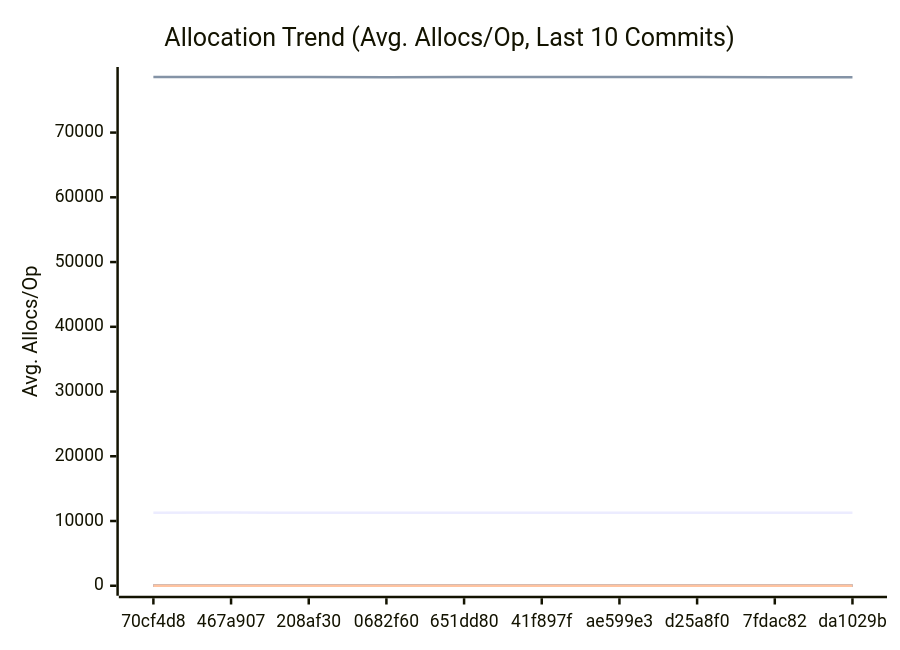
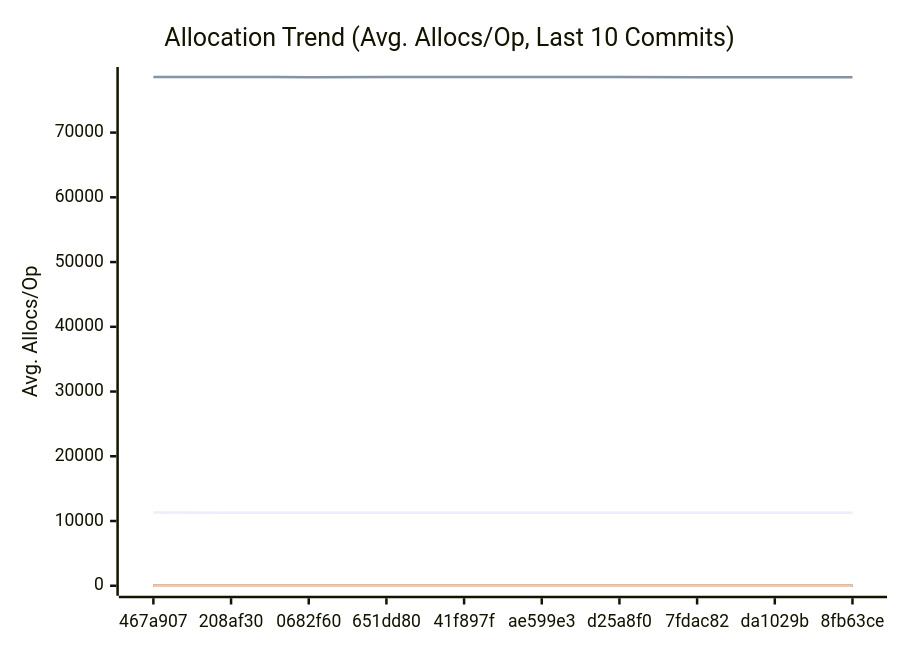
The third of 3 diagrams in docs/PERFORMANCE.md (alsotoes/momo), drawn with Mermaid before and after one commit. The commit also changed other lines of this file and 3 other files, not shown here.

````diff
--- a/docs/PERFORMANCE.md
+++ b/docs/PERFORMANCE.md
@@ -196,20 +197,20 @@
 ```mermaid
 xychart-beta
     title "Allocation Trend (Avg. Allocs/Op, Last 10 Commits)"
     x-axis "Commit"
     y-axis "Avg. Allocs/Op"
-    x-axis [70cf4d8,467a907,208af30,0682f60,651dd80,41f897f,ae599e3,d25a8f0,7fdac82,da1029b]
-    line "AWSChunkedReaderSigned" [11278,11297,11285,11285,11290,11275,11278,11276,11292,11270]
-    line "AWSChunkedReaderUnsigned" [78573,78574,78586,78562,78583,78570,78570,78570,78560,78555]
+    x-axis [467a907,208af30,0682f60,651dd80,41f897f,ae599e3,d25a8f0,7fdac82,da1029b,8fb63ce]
+    line "AWSChunkedReaderSigned" [11297,11285,11285,11290,11275,11278,11276,11292,11270,11274]
+    line "AWSChunkedReaderUnsigned" [78574,78586,78562,78583,78570,78570,78570,78560,78555,78563]
     line "CheckMetricsAndSwap" [0,0,0,0,0,0,0,0,0,0]
     line "CrushOptimized" [0,0,0,0,0,0,0,0,0,0]
     line "CrushOriginal" [3,3,3,3,3,3,3,3,3,3]
     line "IndexDirectTracking" [0,0,0,0,0,0,0,0,0,0]
     line "IndexSearch" [0,0,0,0,0,0,0,0,0,0]
     line "LoadGlobalConfig" [54,54,54,54,54,54,54,54,54,54]
     line "PadString" [1,1,1,1,1,1,1,1,1,1]
     line "ParseReplicationOrder_NoPrealloc" [6,6,6,6,6,5,5,5,5,5]
     line "ParseReplicationOrder_Prealloc" [2,2,2,2,2,1,1,1,1,1]
     line "SanitizeLog/Safe" [0,0,0,0,0,0,0,0,0,0]
     line "SanitizeLog/Unsafe" [1,1,1,1,1,1,1,1,1,1]
 ```
````
